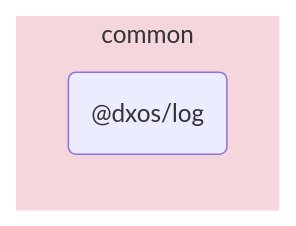
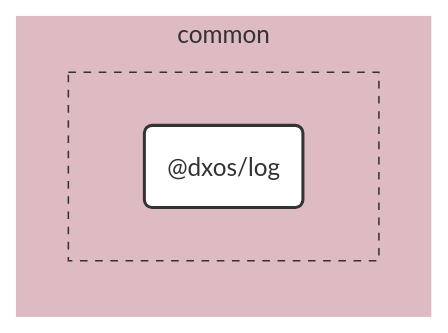
The diagram in packages/common/log/docs/README.md (dxos/dxos), drawn with Mermaid before and after one commit. The commit also changed other lines of this file and 109 other files, not shown here.

````diff
--- a/packages/common/log/docs/README.md
+++ b/packages/common/log/docs/README.md
@@ -5,9 +7,30 @@
 ```mermaid
-flowchart LR;
+%%{ init: {'flowchart':{'curve':'basis'}} }%%
 
+flowchart LR
+
+%% Links
+
+%% Sections
 subgraph common
-  style common fill:#f5d6dd,stroke:#fff;
-  dxos/log("@dxos/log");
+  style common fill:#debac2,stroke:#fff;
+
+
+  subgraph common-excluded [ ]
+    style common-excluded fill:#debac2,stroke:#333,stroke-dasharray:5 5;
+
+    dxos/log("@dxos/log")
+  end
 end
 
+
+%% Hyperlinks
+
+%% Styles
+classDef rootNode fill:#fff,stroke:#333,stroke-width:2px
+classDef defaultNode fill:#fff,stroke:#333,stroke-width:1px
+linkStyle default stroke:#333,stroke-width:1px
+
+dxos/log:::rootNode
+
 ```
````
